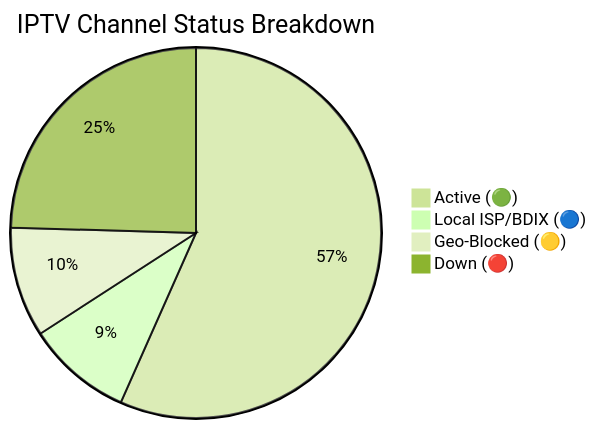
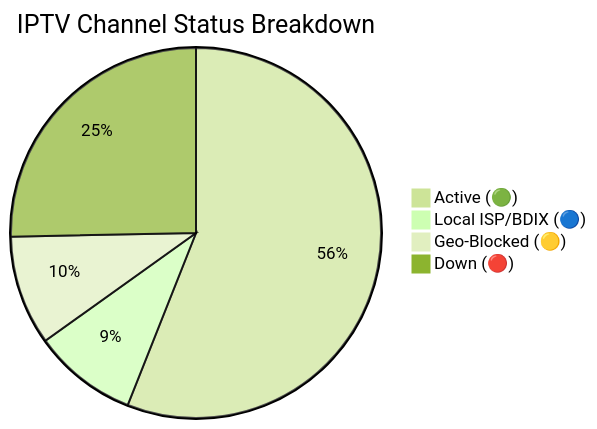
The diagram in README.md (Zaman-Topu/Ip-tv-Collection), drawn with Mermaid (forest theme) before and after one commit. The commit also changed other lines of this file and 6 other files, not shown here.

````diff
--- a/README.md
+++ b/README.md
@@ -149,7 +149,7 @@
 ```mermaid
 pie title IPTV Channel Status Breakdown
-    "Active (🟢)" : 10721
-    "Local ISP/BDIX (🔵)" : 1744
-    "Geo-Blocked (🟡)" : 1817
-    "Down (🔴)" : 4644
+    "Active (🟢)" : 10602
+    "Local ISP/BDIX (🔵)" : 1724
+    "Geo-Blocked (🟡)" : 1810
+    "Down (🔴)" : 4793
 ```
````
